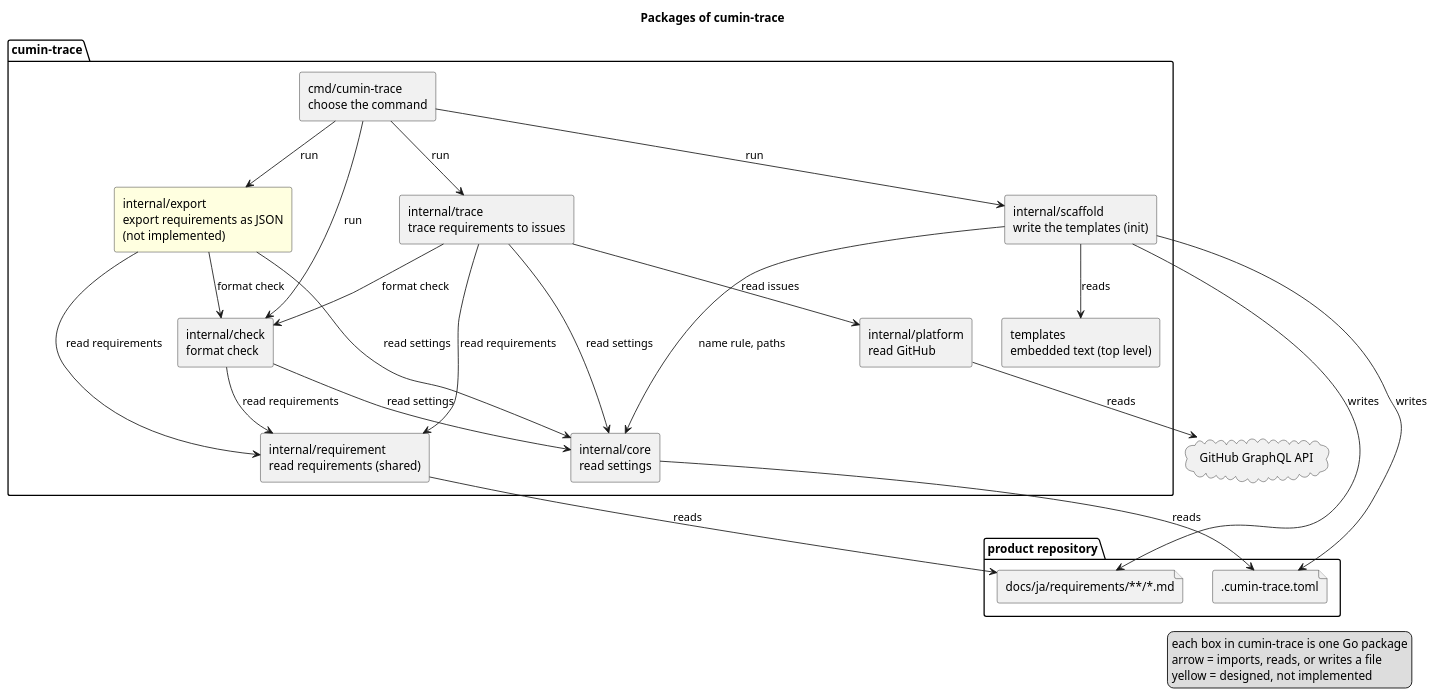
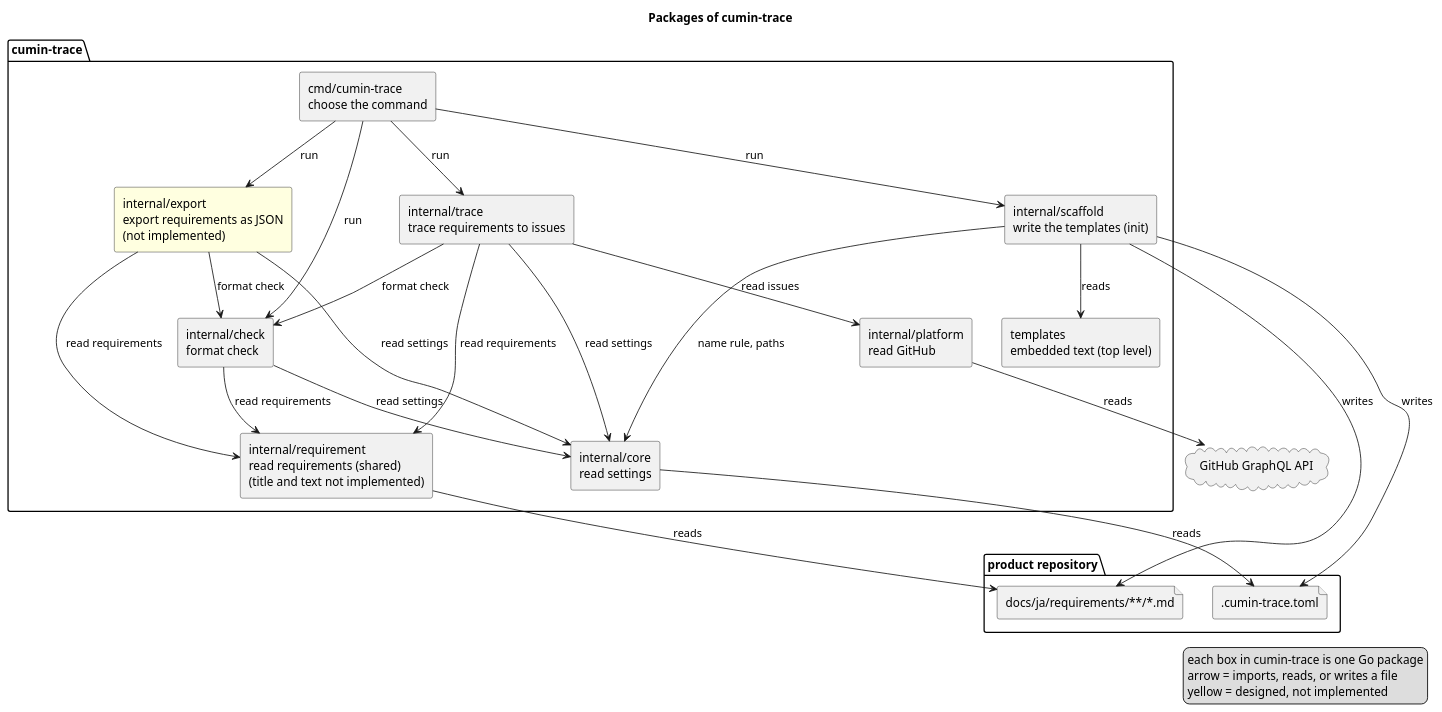
The diagram in docs/ja/architecture/overview.puml (cloveclovedev/cumin-trace), drawn with PlantUML before and after one commit. The commit also changed 4 other files, not shown here.

```diff
--- a/docs/ja/architecture/overview.puml
+++ b/docs/ja/architecture/overview.puml
@@ -1,51 +1,51 @@
 @startuml overview
 title Packages of cumin-trace
 skinparam shadowing false
 skinparam componentStyle rectangle
 
 package "product repository" {
   file ".cumin-trace.toml" as toml
   file "docs/ja/requirements/**/*.md" as docs
 }
 
 package "cumin-trace" {
   [cmd/cumin-trace\nchoose the command] as cmd
   [internal/check\nformat check] as check
-  [internal/requirement\nread requirements (shared)] as requirement
+  [internal/requirement\nread requirements (shared)\n(title and text not implemented)] as requirement
   [internal/core\nread settings] as core
   [internal/scaffold\nwrite the templates (init)] as scaffold
   [templates\nembedded text (top level)] as templates
   [internal/trace\ntrace requirements to issues] as trace
   [internal/platform\nread GitHub] as platform
   [internal/export\nexport requirements as JSON\n(not implemented)] as export #LightYellow
 }
 
 cloud "GitHub GraphQL API" as api
 
 cmd --> check : run
 cmd --> scaffold : run
 cmd --> trace : run
 cmd --> export : run
 export --> check : format check
 export --> requirement : read requirements
 export --> core : read settings
 trace --> check : format check
 trace --> requirement : read requirements
 trace --> core : read settings
 trace --> platform : read issues
 platform --> api : reads
 scaffold --> templates : reads
 scaffold --> core : name rule, paths
 scaffold --> toml : writes
 scaffold --> docs : writes
 check --> requirement : read requirements
 check --> core : read settings
 core --> toml : reads
 requirement --> docs : reads
 
 legend right
   each box in cumin-trace is one Go package
   arrow = imports, reads, or writes a file
   yellow = designed, not implemented
 endlegend
 @enduml
```
